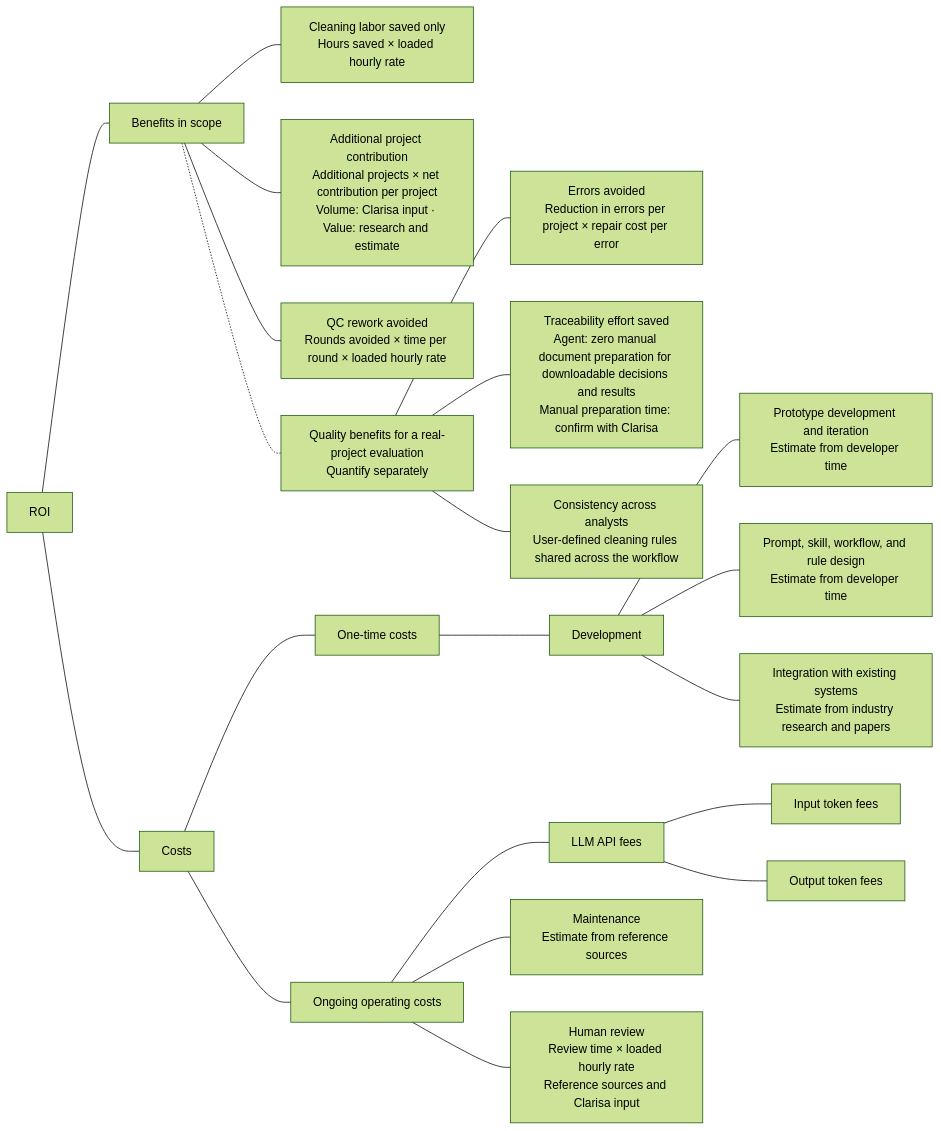
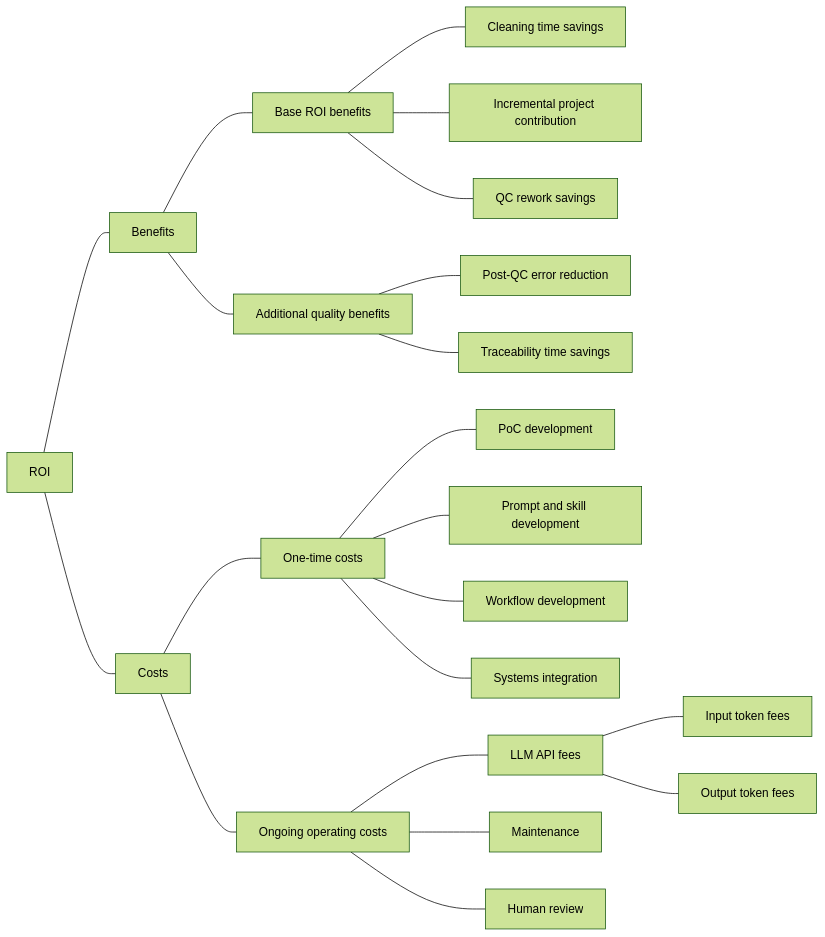
One commit to yunyu79/AI-Agent-Opportunity-Assessment-in-RWE-Workflow-Healthcare changed the diagram in research/5. roi analysis.md. Above: the diagram before and after it, drawn with Mermaid (forest theme). The commit also changed other lines of this file, not shown here.

Commit message:
Simplify ROI diagram to nonoverlapping category labels

````diff
--- a/research/5. roi analysis.md
+++ b/research/5. roi analysis.md
@@ -5,27 +5,27 @@
 ```mermaid
 flowchart LR
-    ROI["ROI"] --- B["Benefits in scope"]
+    ROI["ROI"] --- B["Benefits"]
     ROI --- C["Costs"]
 
-    B --- L["Cleaning labor saved only<br/>Hours saved × loaded hourly rate"]
-    B --- P["Additional project contribution<br/>Additional projects × net contribution per project<br/>Volume: Clarisa input · Value: research and estimate"]
-    B --- Q["QC rework avoided<br/>Rounds avoided × time per round × loaded hourly rate"]
+    B --- BS["Base ROI benefits"]
+    BS --- L["Cleaning time savings"]
+    BS --- P["Incremental project contribution"]
+    BS --- Q["QC rework savings"]
 
-    B -.- V["Quality benefits for a real-project evaluation<br/>Quantify separately"]
-    V --- E["Errors avoided<br/>Reduction in errors per project × repair cost per error"]
-    V --- T["Traceability effort saved<br/>Agent: zero manual document preparation for downloadable decisions and results<br/>Manual preparation time: confirm with Clarisa"]
-    V --- S["Consistency across analysts<br/>User-defined cleaning rules shared across the workflow"]
+    B --- BQ["Additional quality benefits"]
+    BQ --- E["Post-QC error reduction"]
+    BQ --- T["Traceability time savings"]
 
     C --- U["One-time costs"]
-    U --- D["Development"]
-    D --- DP["Prototype development and iteration<br/>Estimate from developer time"]
-    D --- PW["Prompt, skill, workflow, and rule design<br/>Estimate from developer time"]
-    D --- SI["Integration with existing systems<br/>Estimate from industry research and papers"]
+    U --- DP["PoC development"]
+    U --- PW["Prompt and skill development"]
+    U --- WF["Workflow development"]
+    U --- SI["Systems integration"]
 
     C --- O["Ongoing operating costs"]
     O --- A["LLM API fees"]
     A --- I["Input token fees"]
     A --- F["Output token fees"]
-    O --- M["Maintenance<br/>Estimate from reference sources"]
-    O --- H["Human review<br/>Review time × loaded hourly rate<br/>Reference sources and Clarisa input"]
+    O --- M["Maintenance"]
+    O --- H["Human review"]
 ```
````
